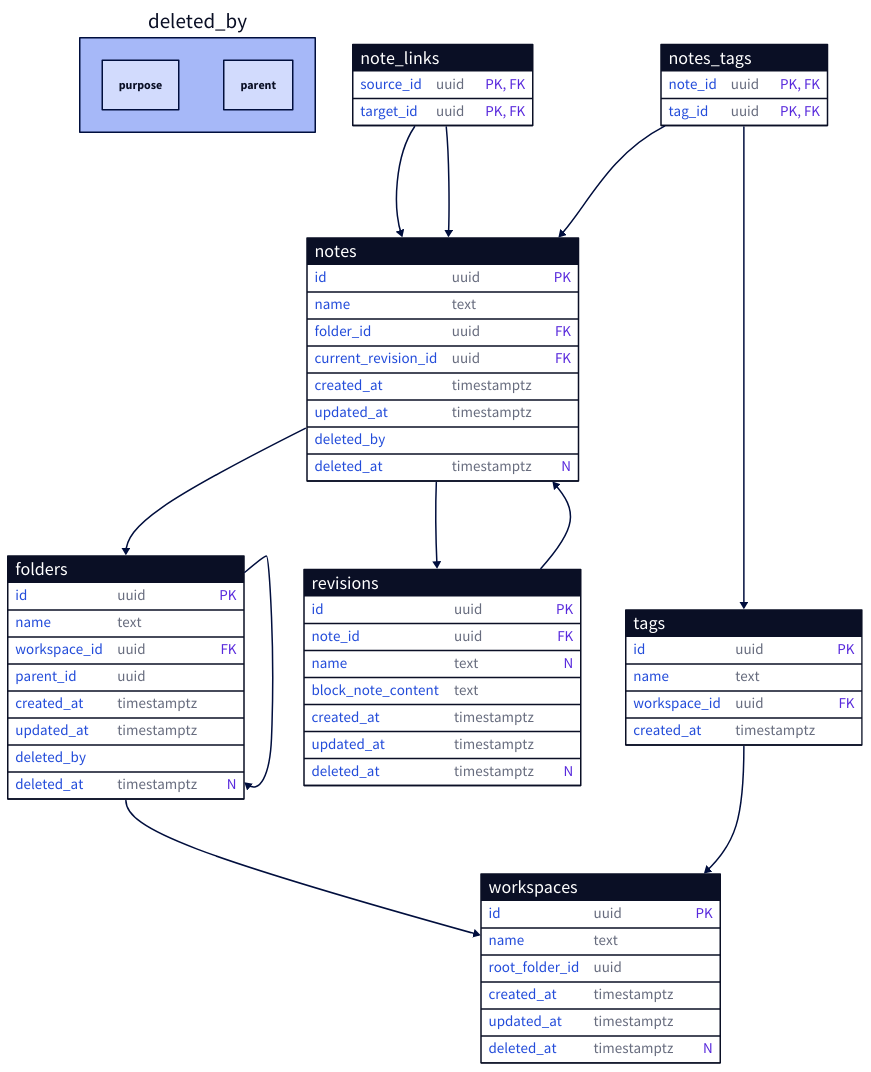
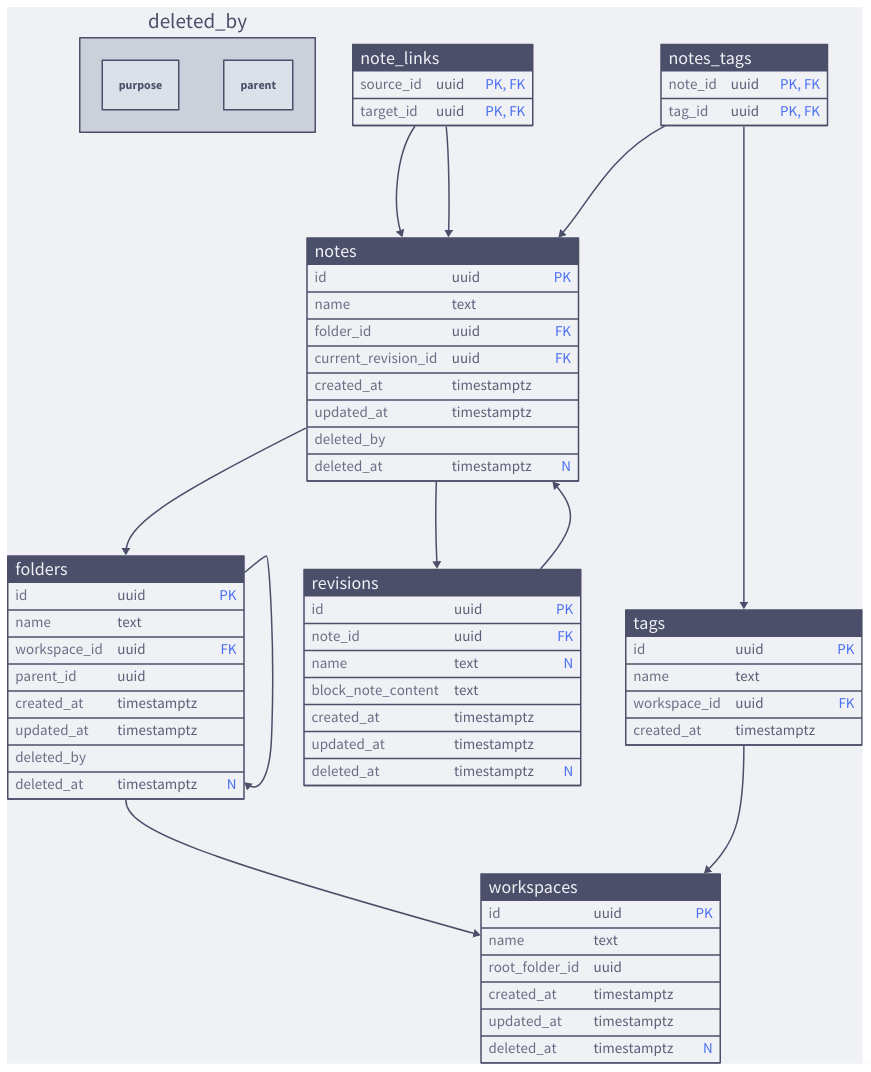
Before and after one commit to notopia-uit/notopia: the first of 2 diagrams in docs/src/docs/database.md, drawn with D2. The commit also changed other lines of this file and 2 other files, not shown here.

```diff
--- a/docs/src/docs/database.md
+++ b/docs/src/docs/database.md
@@ -13,7 +13,23 @@
 vars: {
   d2-config: {
     layout-engine: elk
-    theme-id: 3
+    theme-overrides: {
+      N1: "#4c4f69"
+      N2: "#5c5f77"
+      N4: "#acb0be"
+      N5: "#ccd0da"
+      N7: "#eff1f5"
+      B1: "#4c4f69"
+      B2: "#6c6f85"
+      B3: "#bcc0cc"
+      B4: "#ccd0da"
+      B5: "#dce0e8"
+      B6: "#eff1f5"
+      AA4: "#1e66f5"
+      AA5: "#7287fd"
+      AB4: "#8839ef"
+      AB5: "#dc8a78"
+    }
   }
 }
 
```
